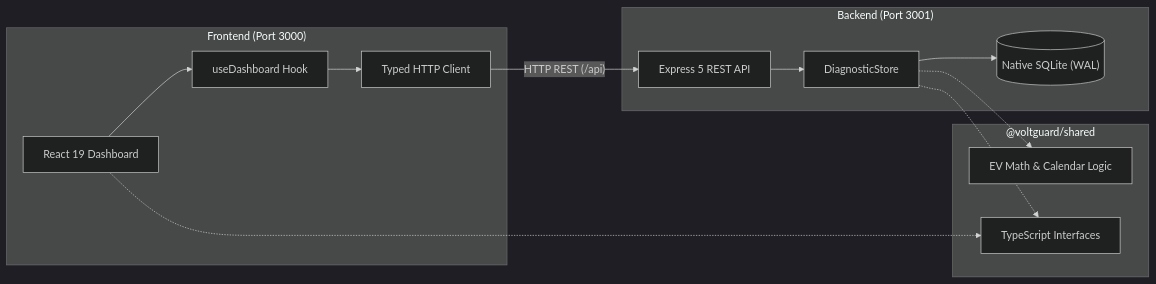
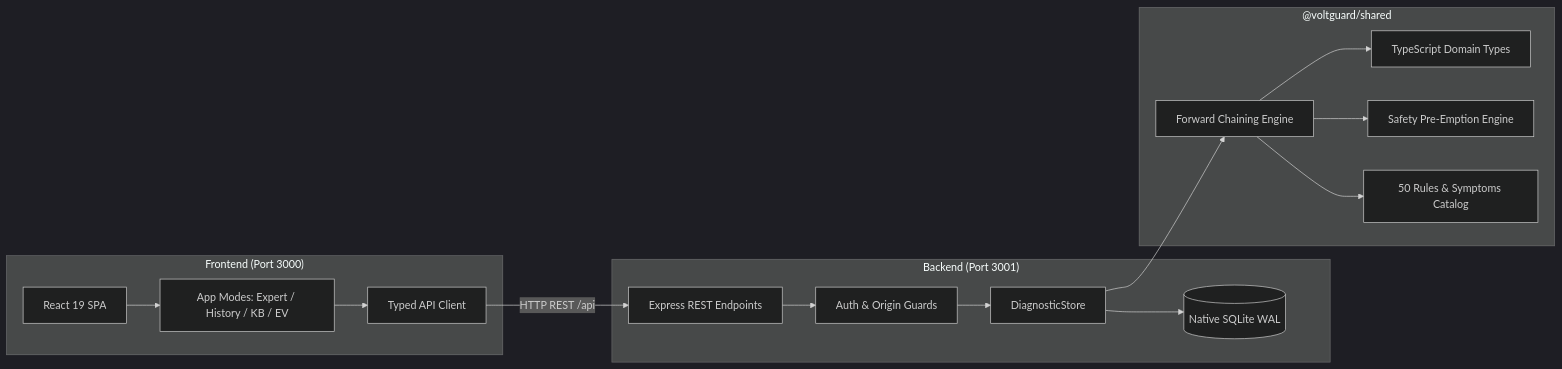
Before and after one commit to Bunvathana876/Ai_carCheck_system: the diagram in README.md, drawn with Mermaid (dark theme). The commit also changed other lines of this file and 27 other files, not shown here.

Commit message:
feat: implement university-level automotive rule-based expert system with 50 rules and docs

````diff
--- a/README.md
+++ b/README.md
@@ -30,26 +47,30 @@
 ```mermaid
 flowchart LR
     subgraph Browser ["Frontend (Port 3000)"]
-        UI["React 19 Dashboard"]
-        State["useDashboard Hook"]
-        API["Typed HTTP Client"]
+        UI["React 19 SPA"]
+        Mode["App Modes: Expert / History / KB / EV"]
+        APIClient["Typed API Client"]
     end
 
     subgraph Server ["Backend (Port 3001)"]
-        Express["Express 5 REST API"]
+        Router["Express REST Endpoints"]
+        Security["Auth & Origin Guards"]
         Store["DiagnosticStore"]
-        DB[("Native SQLite (WAL)")]
+        DB[("Native SQLite WAL")]
     end
 
-    subgraph SharedPackage ["@voltguard/shared"]
-        Contracts["TypeScript Interfaces"]
-        Logic["EV Math & Calendar Logic"]
+    subgraph Shared ["@voltguard/shared"]
+        Contracts["TypeScript Domain Types"]
+        Inference["Forward Chaining Engine"]
+        Safety["Safety Pre-Emption Engine"]
+        Catalog["50 Rules & Symptoms Catalog"]
     end
 
-    UI --> State --> API
-    API -- "HTTP REST (/api)" --> Express
-    Express --> Store --> DB
-    UI -.-> Contracts
-    Store -.-> Logic
-    Store -.-> Contracts
+    UI --> Mode --> APIClient
+    APIClient -- "HTTP REST /api" --> Router
+    Router --> Security --> Store --> DB
+    Store --> Inference
+    Inference --> Safety
+    Inference --> Catalog
+    Inference --> Contracts
 ```
````
